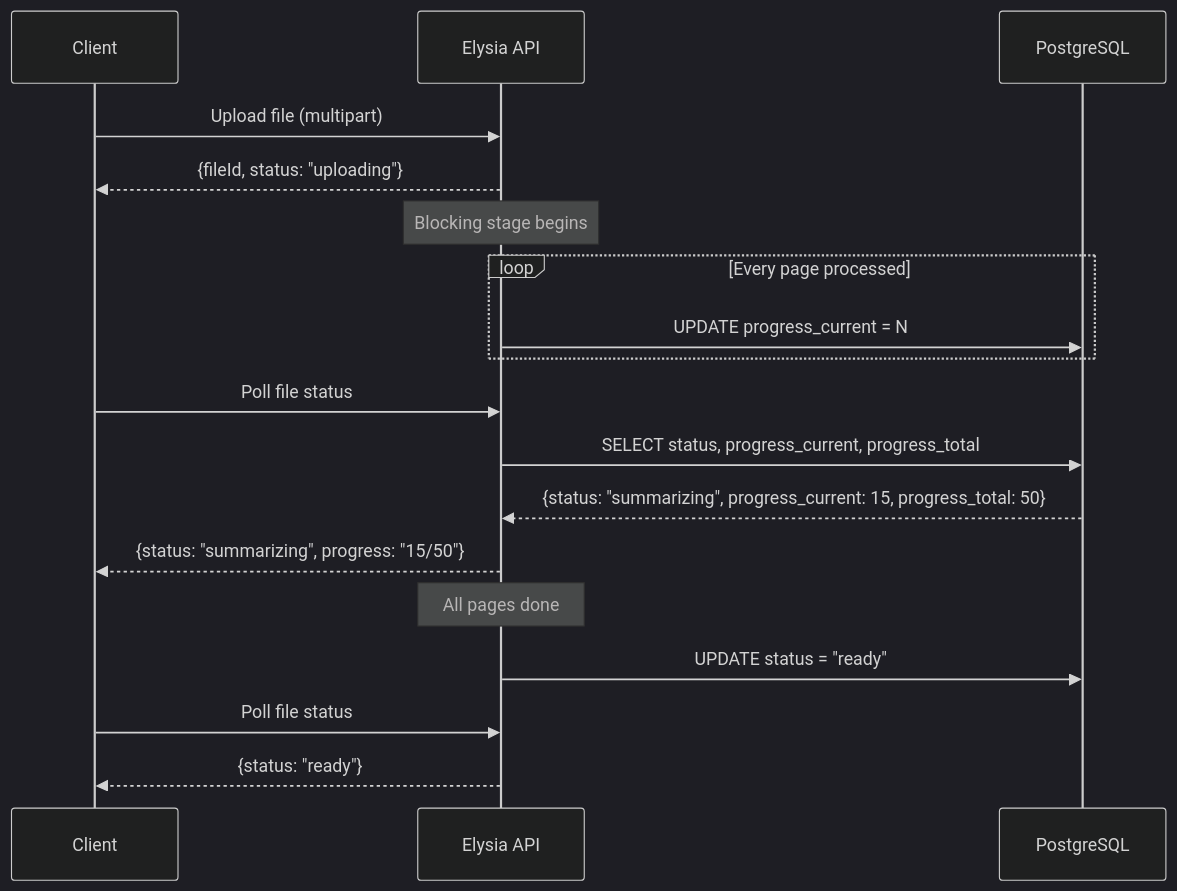
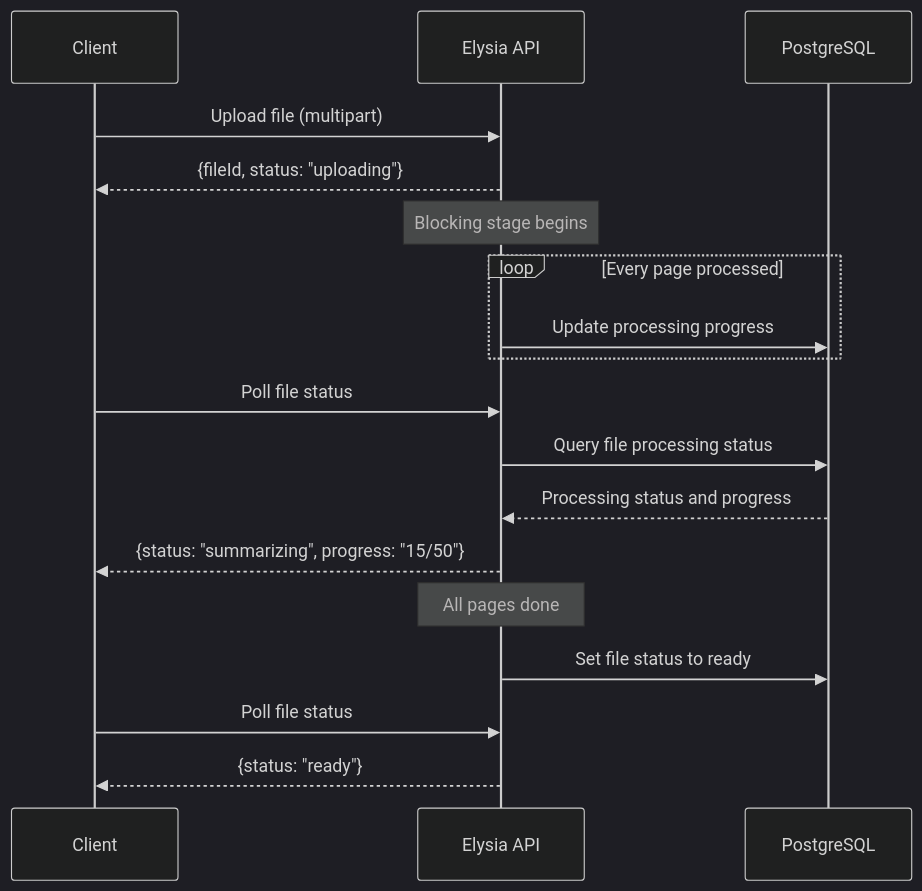
Before and after one commit to 1qh/safeagent: the tenth of 11 diagrams in plan/08-documents.md, drawn with Mermaid (dark theme). The commit also changed other lines of this file and 8 other files, not shown here.

Commit message:
fix remaining SQL in Mermaid, function signatures, version references across plan files

````diff
--- a/plan/08-documents.md
+++ b/plan/08-documents.md
@@ -683,27 +683,27 @@
 ```mermaid
 sequenceDiagram
     participant C as Client
     participant API as Elysia API
     participant PG as PostgreSQL
 
     C->>API: Upload file (multipart)
     API-->>C: {fileId, status: "uploading"}
 
     Note over API: Blocking stage begins
 
     loop Every page processed
-        API->>PG: UPDATE progress_current = N
+        API->>PG: Update processing progress
     end
 
     C->>API: Poll file status
-    API->>PG: SELECT status, progress_current, progress_total
-    PG-->>API: {status: "summarizing", progress_current: 15, progress_total: 50}
+    API->>PG: Query file processing status
+    PG-->>API: Processing status and progress
     API-->>C: {status: "summarizing", progress: "15/50"}
 
     Note over API: All pages done
 
-    API->>PG: UPDATE status = "ready"
+    API->>PG: Set file status to ready
 
     C->>API: Poll file status
     API-->>C: {status: "ready"}
 ```
````
